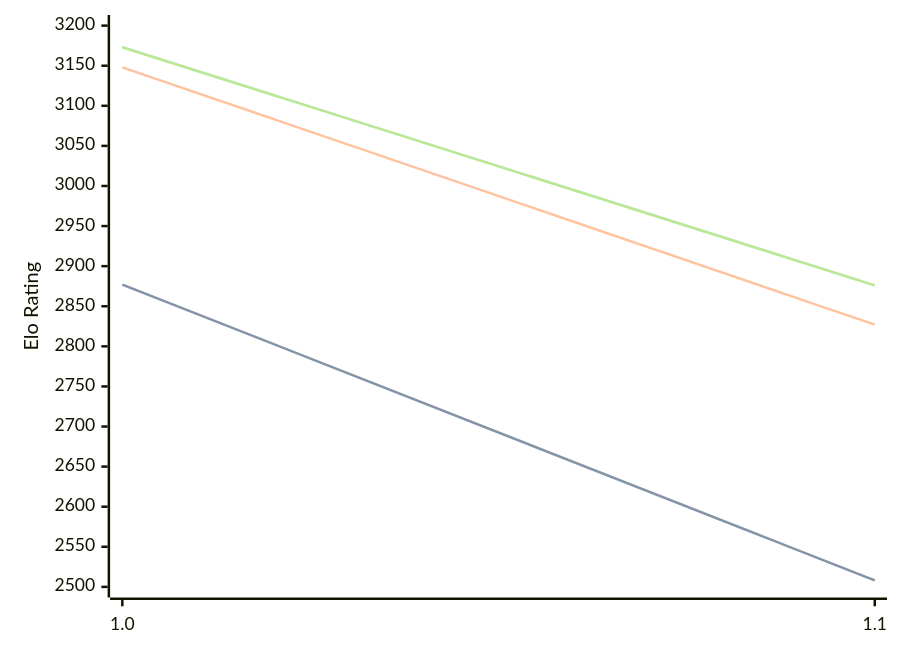
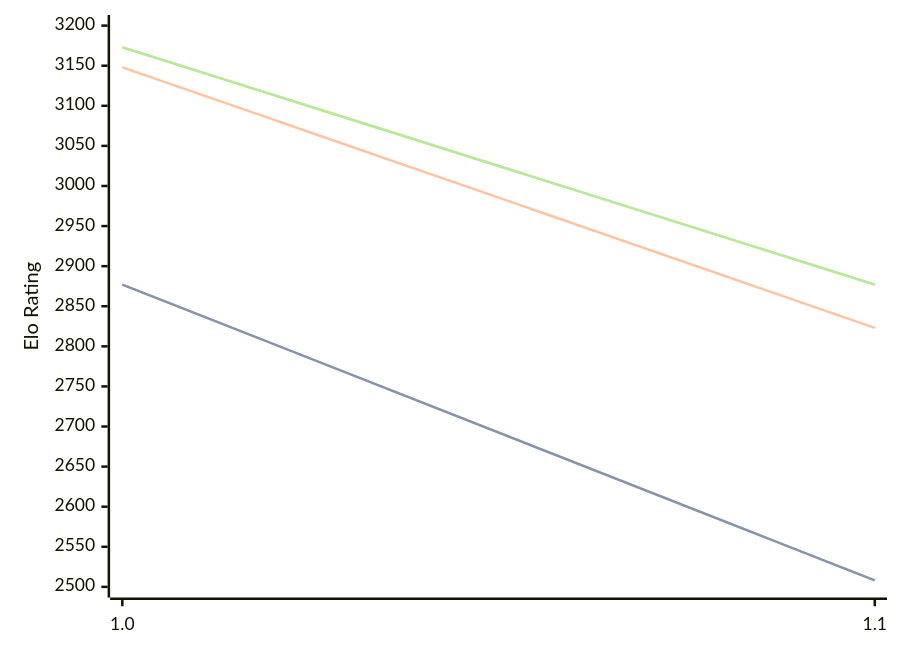
One commit to computer-chess-index/cci changed the diagram in engines/Publius.md. Above: the diagram before and after it, drawn with Mermaid. The commit also changed other lines of this file, not shown here.

Commit message:
Update CCI Ratings (ELO VLTC) - 2026-02-19

````diff
--- a/engines/Publius.md
+++ b/engines/Publius.md
@@ -29,11 +29,11 @@
 ```mermaid
 %%{init: {"theme":"base","themeVariables":{"seriesColors:['#a3a3a3','#222221','#faa371']}}}%%
 xychart-beta
   x-axis ["1.0", "1.1"]
   y-axis "Elo Rating" 2500 --> 3200
   line "STC (8.0+0.08s)" [2877, 2508]
   line "STC (8.0+0.08s)" [2877, 2508]
-  line "LTC (60.0+0.60s)" [3148, 2827]
-  line "VLTC (2m24s+1.12s)" [3173, 2876]
-  line "VLTC (2m24s+1.12s)" [3173, 2876]
+  line "LTC (60.0+0.60s)" [3148, 2823]
+  line "VLTC (2m24s+1.12s)" [3173, 2877]
+  line "VLTC (2m24s+1.12s)" [3173, 2877]
 ```
````
